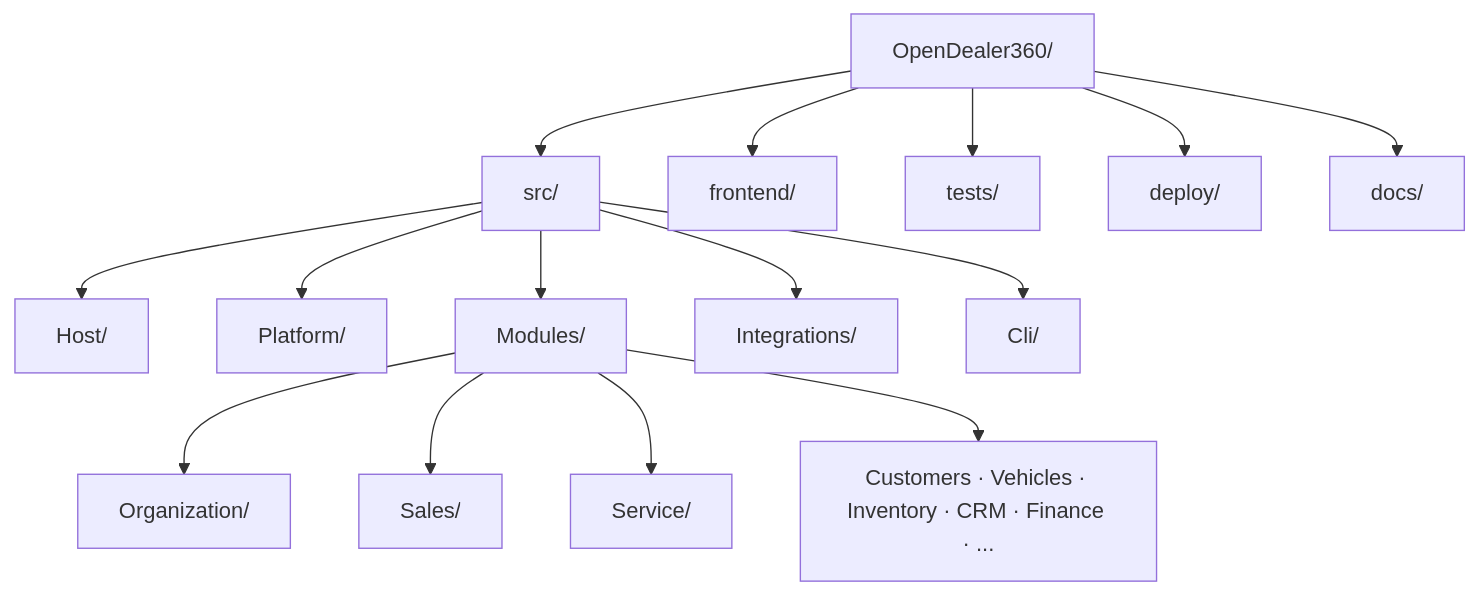
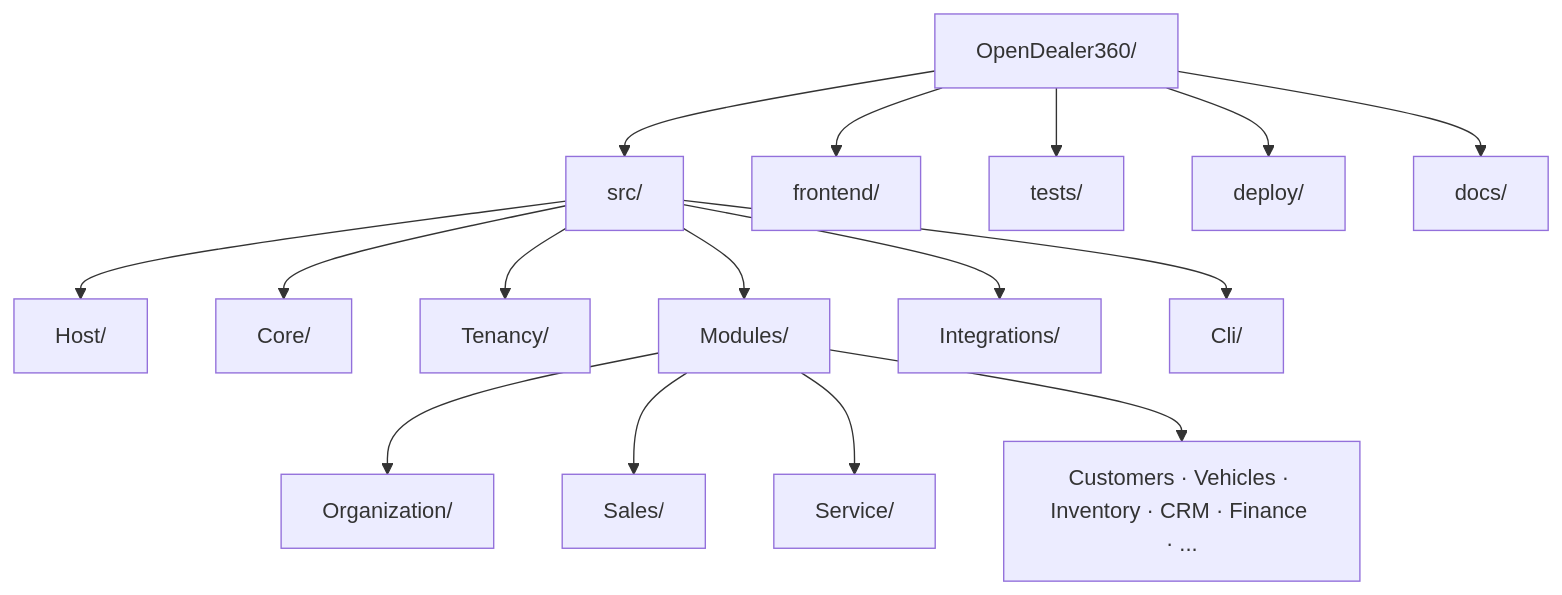
The first of 2 diagrams in docs/diagrams/02-project-structure.md (PoulaAdel/DealerFOSS), drawn with Mermaid before and after one commit. The commit also changed 91 other files, not shown here.

````diff
--- a/docs/diagrams/02-project-structure.md
+++ b/docs/diagrams/02-project-structure.md
@@ -5,17 +5,18 @@
 ```mermaid
 flowchart TB
     Root["OpenDealer360/"] --> Src["src/"]
     Root --> Front["frontend/"]
     Root --> Tests["tests/"]
     Root --> Deploy["deploy/"]
     Root --> Docs["docs/"]
     Src --> Host["Host/"]
-    Src --> Platform["Platform/"]
+    Src --> Core["Core/"]
+    Src --> Tenancy["Tenancy/"]
     Src --> Modules["Modules/"]
     Src --> Integrations["Integrations/"]
     Src --> Cli["Cli/"]
     Modules --> Org["Organization/"]
     Modules --> Sales["Sales/"]
     Modules --> Service["Service/"]
     Modules --> Others["Customers · Vehicles · Inventory · CRM · Finance · ..."]
 ```
````
